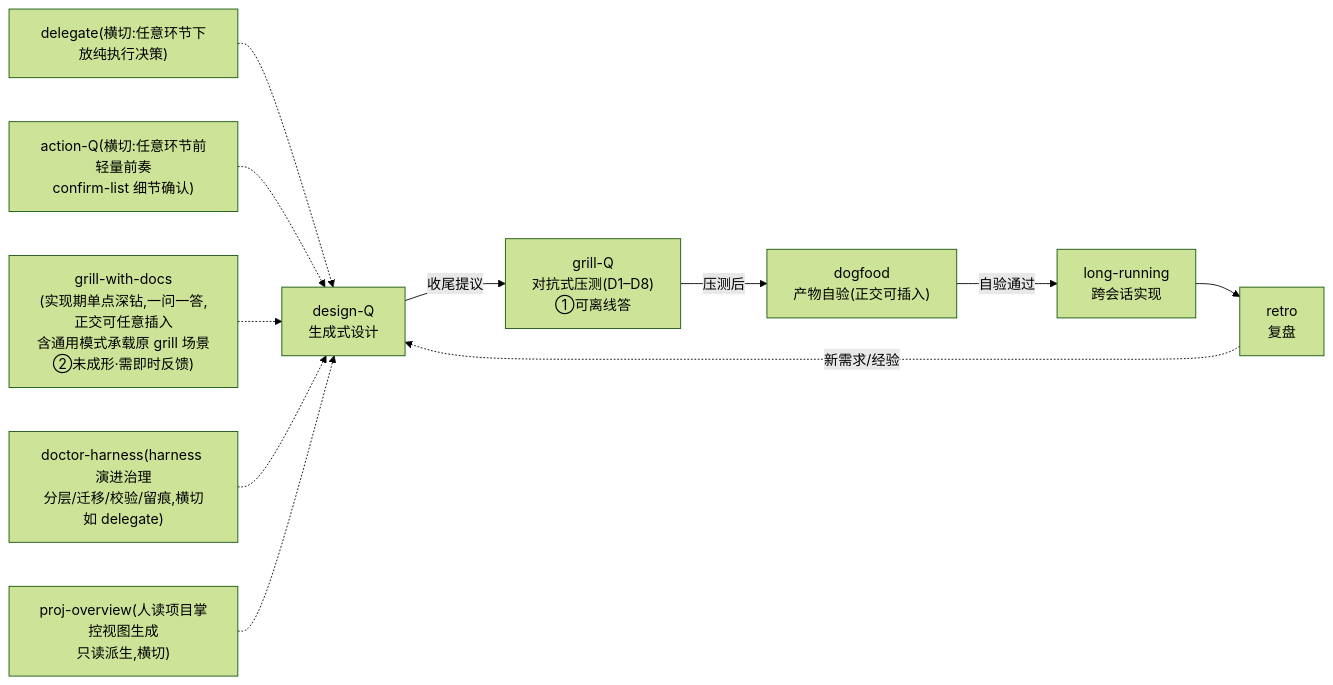
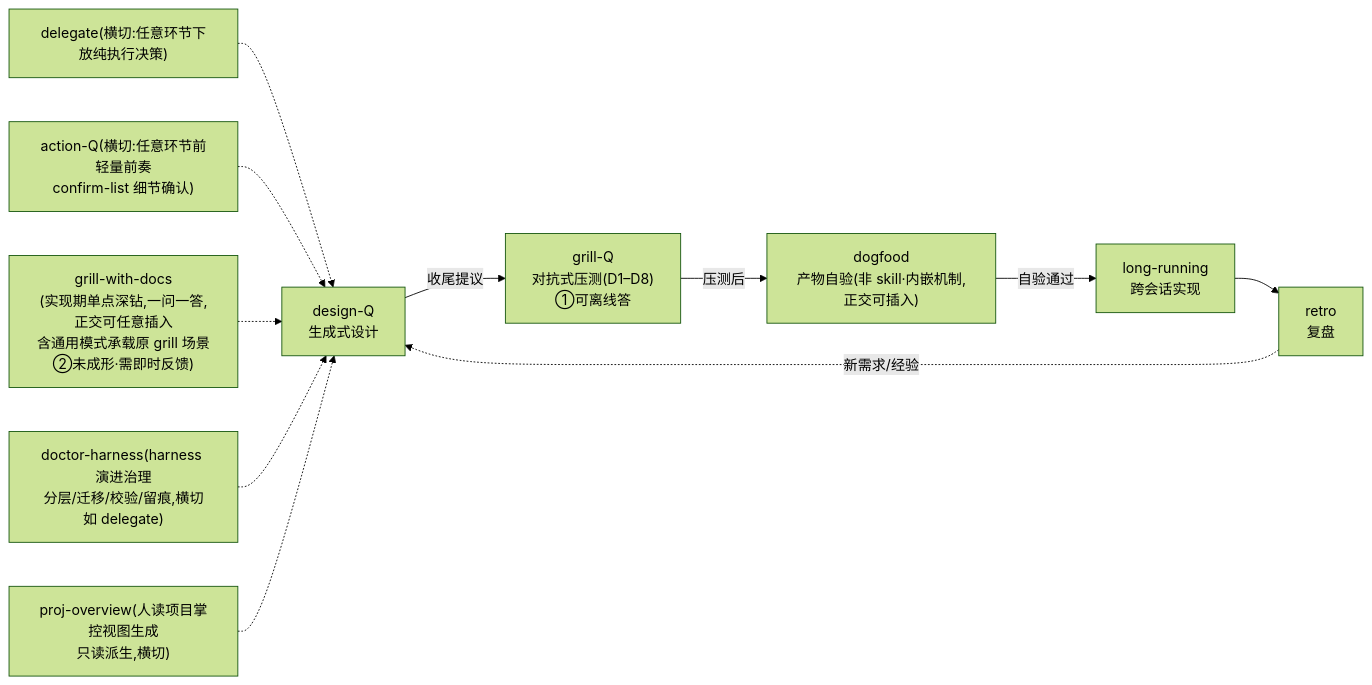
One commit to code-cycler/info-driven-ai-se-harness-engineering changed the diagram in CLAUDE.md. Above: the diagram before and after it, drawn with Mermaid (forest theme). The commit also changed other lines of this file and 67 other files, not shown here.

````diff
--- a/CLAUDE.md
+++ b/CLAUDE.md
@@ -43,13 +43,13 @@
 ```mermaid
 flowchart LR
     DQ["design-Q<br/>生成式设计"] -->|收尾提议| GQ["grill-Q<br/>对抗式压测(D1–D8)<br/>①可离线答"]
-    GQ -->|压测后| DOG["dogfood<br/>产物自验(正交可插入)"]
+    GQ -->|压测后| DOG["dogfood<br/>产物自验(非 skill·内嵌机制,正交可插入)"]
     DOG -->|自验通过| LR["long-running<br/>跨会话实现"]
     LR --> RETRO["retro<br/>复盘"]
     RETRO -.->|新需求/经验| DQ
     DEL["delegate(横切:任意环节下放纯执行决策)"] -.-> DQ
     AQ["action-Q(横切:任意环节前轻量前奏<br/>confirm-list 细节确认)"] -.-> DQ
     GW["grill-with-docs<br/>(实现期单点深钻,一问一答,正交可任意插入<br/>含通用模式承载原 grill 场景<br/>②未成形·需即时反馈)"] -.-> DQ
     DH["doctor-harness(harness 演进治理<br/>分层/迁移/校验/留痕,横切如 delegate)"] -.-> DQ
     PO["proj-overview(人读项目掌控视图生成<br/>只读派生,横切)"] -.-> DQ
 ```
````
